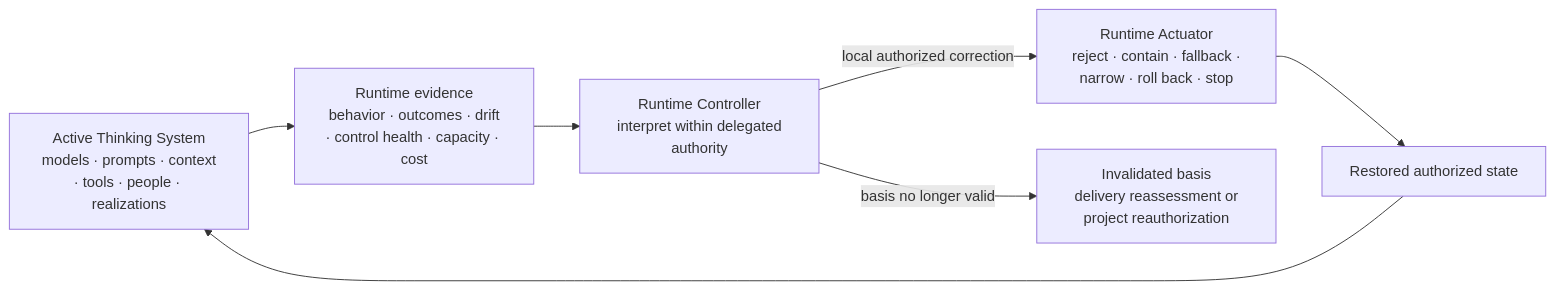
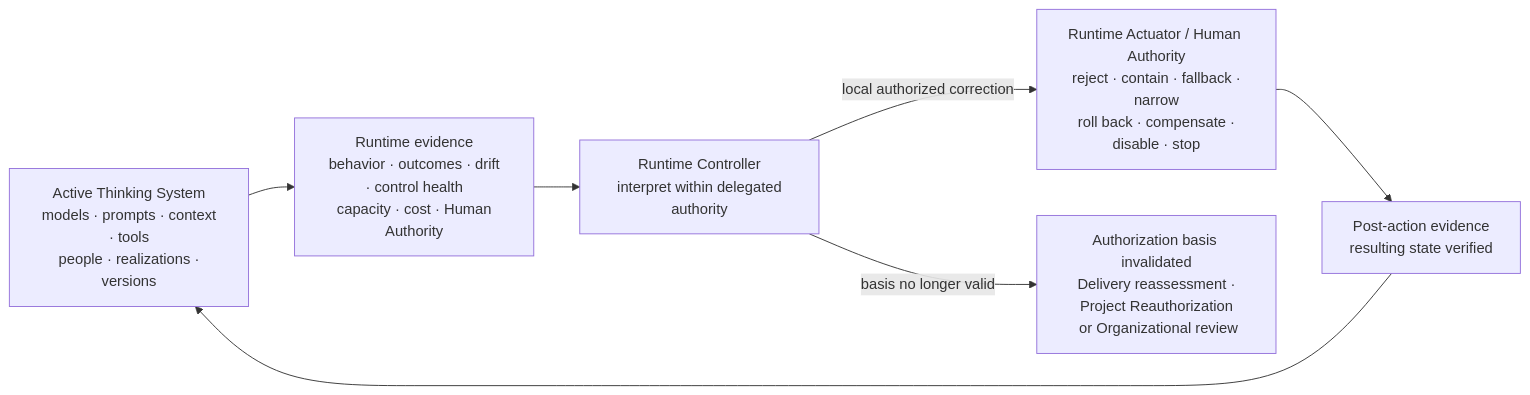
Before and after one commit to UncertaintyArchitectureGroup/uncertainty-architecture: diagram 13 of 15 in content/research/notes/open-engineering-specification-article-draft.md, drawn with Mermaid. The commit also changed other lines of this file and 1 other file, not shown here.

````diff
--- a/content/research/notes/open-engineering-specification-article-draft.md
+++ b/content/research/notes/open-engineering-specification-article-draft.md
@@ -652,13 +706,13 @@
 ```mermaid
 flowchart LR
-    SYS["Active Thinking System<br/> models · prompts · context · tools · people · realizations"]
-    OBS["Runtime evidence<br/> behavior · outcomes · drift · control health · capacity · cost"]
+    SYS["Active Thinking System<br/> models · prompts · context · tools<br/> people · realizations · versions"]
+    OBS["Runtime evidence<br/> behavior · outcomes · drift · control health<br/> capacity · cost · Human Authority"]
     CTRL["Runtime Controller<br/> interpret within delegated authority"]
-    ACT["Runtime Actuator<br/> reject · contain · fallback · narrow · roll back · stop"]
-    REST["Restored authorized state"]
-    ESC["Invalidated basis<br/> delivery reassessment or project reauthorization"]
+    ACT["Runtime Actuator / Human Authority<br/> reject · contain · fallback · narrow<br/> roll back · compensate · disable · stop"]
+    VERIFY["Post-action evidence<br/> resulting state verified"]
+    ESC["Authorization basis invalidated<br/> Delivery reassessment · Project Reauthorization<br/> or Organizational review"]
 
     SYS --> OBS --> CTRL
-    CTRL -->|local authorized correction| ACT --> REST --> SYS
+    CTRL -->|local authorized correction| ACT --> VERIFY --> SYS
     CTRL -->|basis no longer valid| ESC
 ```
````
